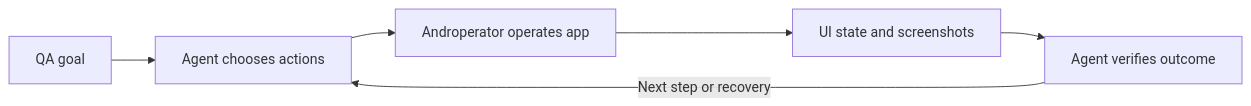
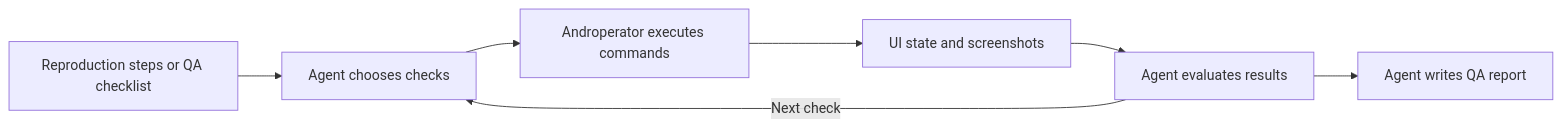
The second of 3 diagrams in README.md (androperator/androperator), drawn with Mermaid before and after one commit. The commit also changed other lines of this file, not shown here.

Commit message:
docs(site): distinguish bug reproduction from fix verification

````diff
--- a/README.md
+++ b/README.md
@@ -54,10 +72,11 @@
 ```mermaid
 flowchart LR
-    accTitle: Android QA verification loop
-    accDescr: From a QA goal, the agent chooses actions, Androperator operates the app, and the agent verifies UI evidence before continuing or recovering.
-    A[QA goal] --> B[Agent chooses actions]
-    B --> C[Androperator operates app]
+    accTitle: From a fix to a QA report
+    accDescr: The agent chooses checks from reproduction steps or a QA checklist. Androperator executes its commands and returns evidence. The agent evaluates the results and writes a report.
+    A[Reproduction steps or QA checklist] --> B[Agent chooses checks]
+    B --> C[Androperator executes commands]
     C --> D[UI state and screenshots]
-    D --> E[Agent verifies outcome]
-    E -->|Next step or recovery| B
+    D --> E[Agent evaluates results]
+    E -->|Next check| B
+    E --> F[Agent writes QA report]
 ```
````
